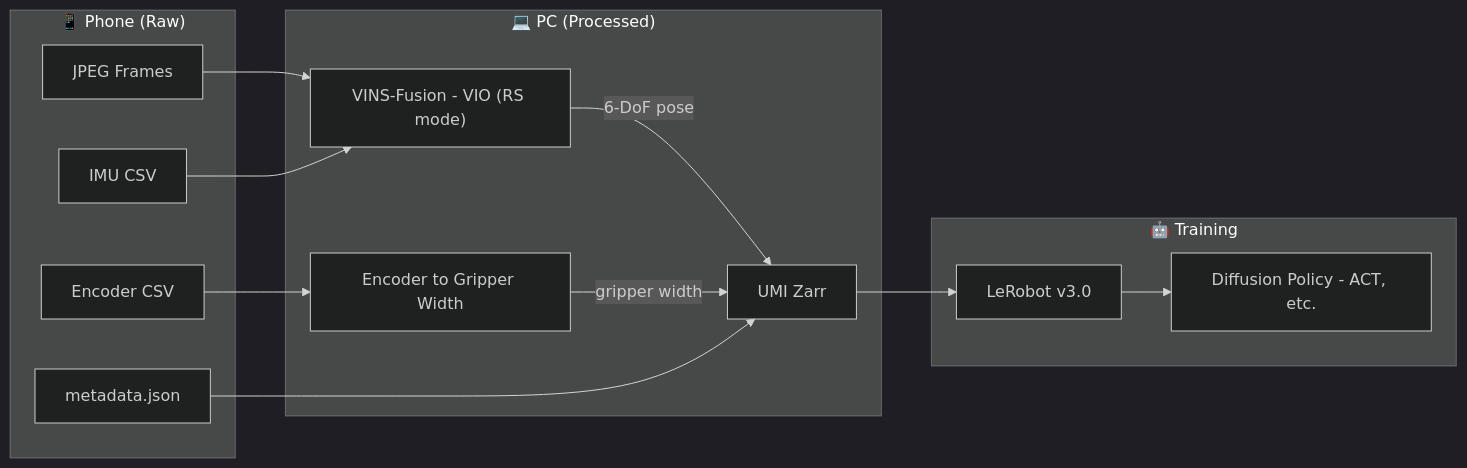
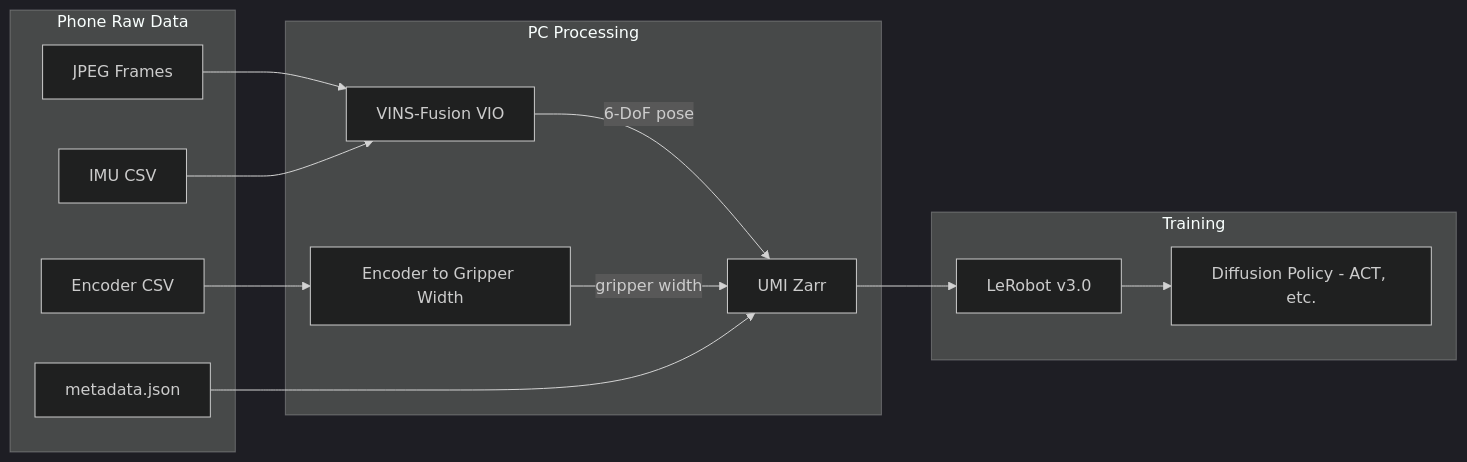
Before and after one commit to Auromix/OpenUMI: the second of 2 diagrams in README.md, drawn with Mermaid (dark theme). The commit also changed other lines of this file and 5 other files, not shown here.

First line of the commit message:
Fix Mermaid: remove emoji, parentheses, simplify all labels

````diff
--- a/README.md
+++ b/README.md
@@ -106,29 +106,29 @@
 ```mermaid
 graph LR
-    subgraph Phone["📱 Phone (Raw)"]
+    subgraph Phone["Phone Raw Data"]
         JPEG["JPEG Frames"]
         IMU["IMU CSV"]
         ENC["Encoder CSV"]
         META["metadata.json"]
     end
 
-    subgraph PC["💻 PC (Processed)"]
-        SLAM["VINS-Fusion - VIO (RS mode)"]
+    subgraph PC["PC Processing"]
+        SLAM["VINS-Fusion VIO"]
         GRIP["Encoder to Gripper Width"]
         ZARR["UMI Zarr"]
     end
 
-    subgraph Train["🤖 Training"]
+    subgraph Train["Training"]
         LR["LeRobot v3.0"]
         DP["Diffusion Policy - ACT, etc."]
     end
 
     JPEG --> SLAM
     IMU --> SLAM
     SLAM -- "6-DoF pose" --> ZARR
     ENC --> GRIP
     GRIP -- "gripper width" --> ZARR
     META --> ZARR
     ZARR --> LR
     LR --> DP
 ```
````
